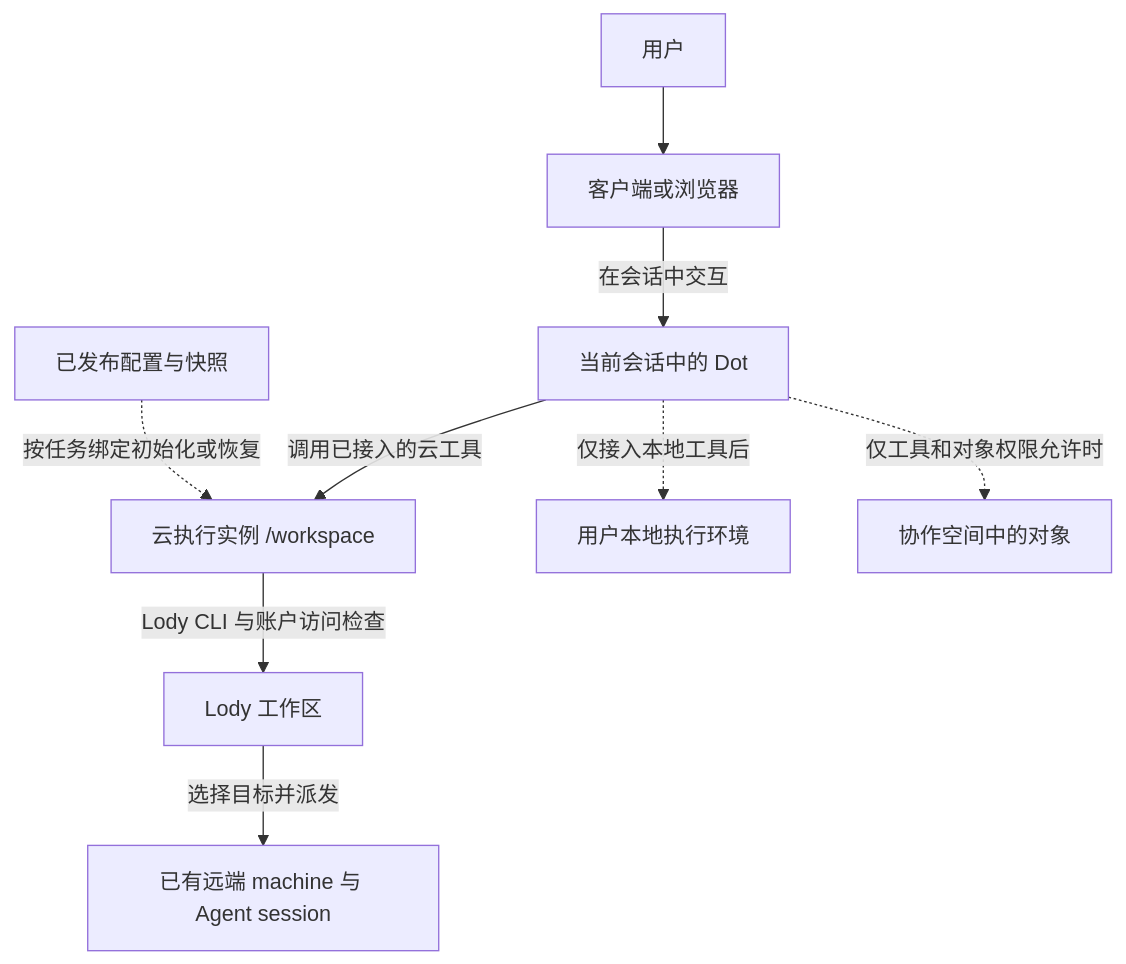
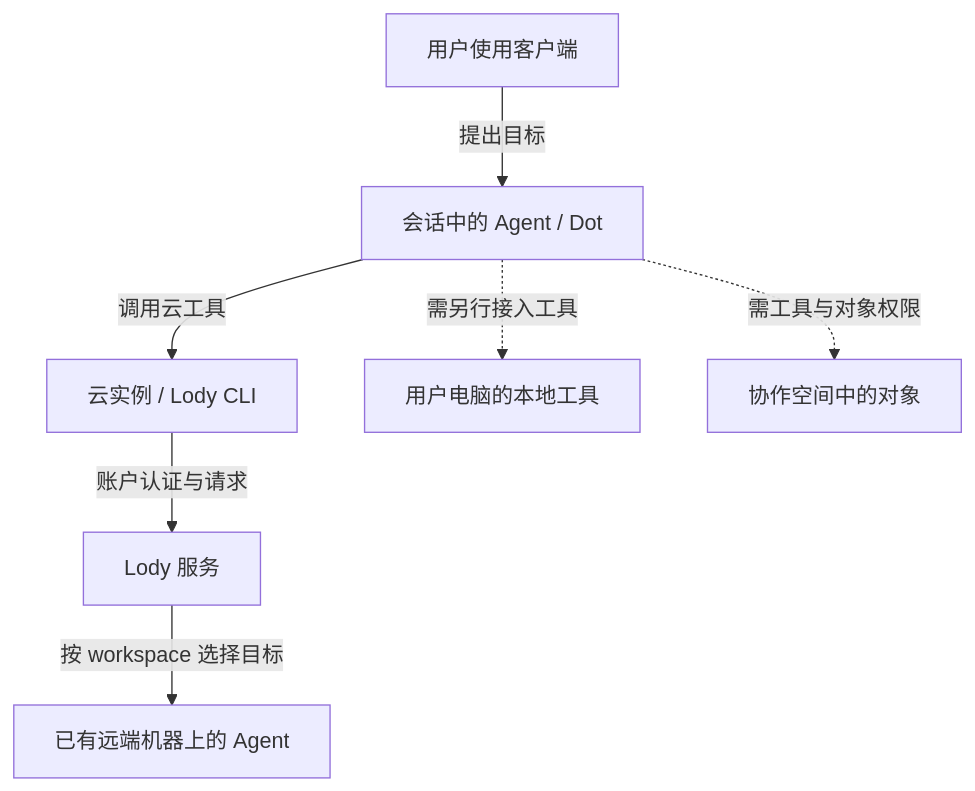
The diagram in docs/diagrams/environment-context.mmd (CF-FE/mymcp-4-codexcloud), drawn with Mermaid before and after one commit. The commit also changed 11 other files, not shown here.

```diff
--- a/docs/diagrams/environment-context.mmd
+++ b/docs/diagrams/environment-context.mmd
@@ -1,15 +1,13 @@
-%% 2026-10-21：概念关系示意，不是物理部署或权限保证。
-%% Dot 仅沿用本会话约定；任务、会话与执行实例不预设一一对应。
-%% 实线表示本次已验证的调用链；虚线表示平台初始化或有条件接入。
-%% 当前未提供可枚举整个协作空间的工具；本地执行工具也不能默认可用。
+%% 2026-10-21：调用关系示意，不是物理部署图或模型托管位置说明。
+%% Dot 仅沿用本会话的 Agent 约定；Agent 决策与工具操作的位置分别识别。
+%% 实线表示本次已验证的调用链；虚线表示有条件接入，不代表本次已接入。
+%% Lody workspace 是目标资源范围，不是请求转发节点；连线不表示权限继承。
 flowchart TB
-    accTitle: 环境与执行位置总览
-    accDescr: 当前会话中的Dot经云工具运行Lody CLI并访问已有远端Agent；本地和协作空间均须单独工具与权限。配置恢复、任务绑定和权限不由连线自动保证。
-    user["用户"] --> client["客户端或浏览器"]
-    client -->|在会话中交互| dot["当前会话中的 Dot"]
-    dot -->|调用已接入的云工具| runtime["云执行实例 /workspace"]
-    config["已发布配置与快照"] -.->|按任务绑定初始化或恢复| runtime
-    runtime -->|Lody CLI 与账户访问检查| workspace["Lody 工作区"]
-    workspace -->|选择目标并派发| remote["已有远端 machine 与 Agent session"]
-    dot -.->|仅接入本地工具后| local["用户本地执行环境"]
-    dot -.->|仅工具和对象权限允许时| space["协作空间中的对象"]
+    accTitle: 本次命令在哪里执行
+    accDescr: 用户通过客户端向当前会话的 Agent 或 Dot 提出目标，Agent 调用云工具，在云执行实例运行 Lody CLI，经 Lody 服务向选定工作区中的已有远端 machine 和 Agent 派发。虚线所示本地和协作空间接入有条件，本次未由该链路接入；图不推断模型托管位置或权限继承。
+    user["用户使用客户端"] -->|提出目标| dot["会话中的 Agent / Dot"]
+    dot -->|调用云工具| runtime["云实例 / Lody CLI"]
+    runtime -->|账户认证与请求| service["Lody 服务"]
+    service -->|按 workspace 选择目标| remote["已有远端机器上的 Agent"]
+    dot -.->|需另行接入工具| local["用户电脑的本地工具"]
+    dot -.->|需工具与对象权限| space["协作空间中的对象"]
```
